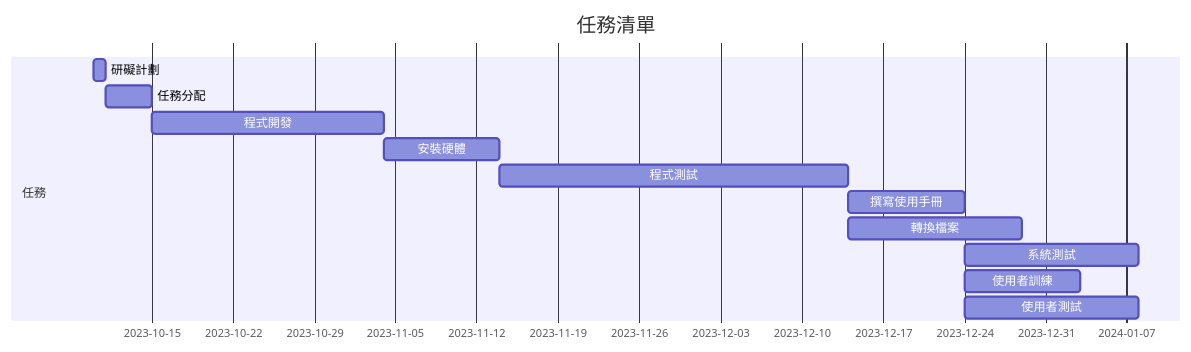
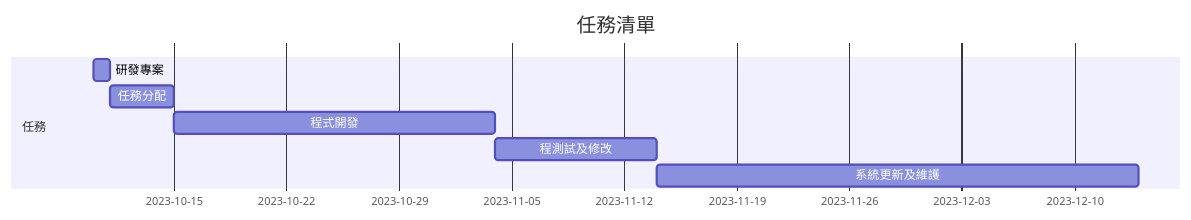
Before and after one commit to LinBroChen/C110118157-: the diagram in README.md, drawn with Mermaid.

````diff
--- a/README.md
+++ b/README.md
@@ -42,15 +42,10 @@
 ```mermaid
 gantt
     title 任務清單
     section 任務
-    研礙計劃           :a1, 2023-10-10, 1d
+    研發專案           :a1, 2023-10-10, 1d
     任務分配           :a2, after a1  , 4d
     程式開發           :a3, after a2  , 20d
-    安裝硬體           :a4, after a3  , 10d
-    程式測試           :a5, after a4  , 30d
-    撰寫使用手冊        :a6, after a5  , 10d
-    轉換檔案           :a7, after a5  , 15d
-    系統測試           :a8, after a6  , 15d
-    使用者訓練         :a9, after a6  , 10d
-    使用者測試         :a10, after a6  , 15d
+    程測試及修改           :a4, after a3  , 10d 
+    系統更新及維護           :a5, after a4  , 30d
 ``` 
````
